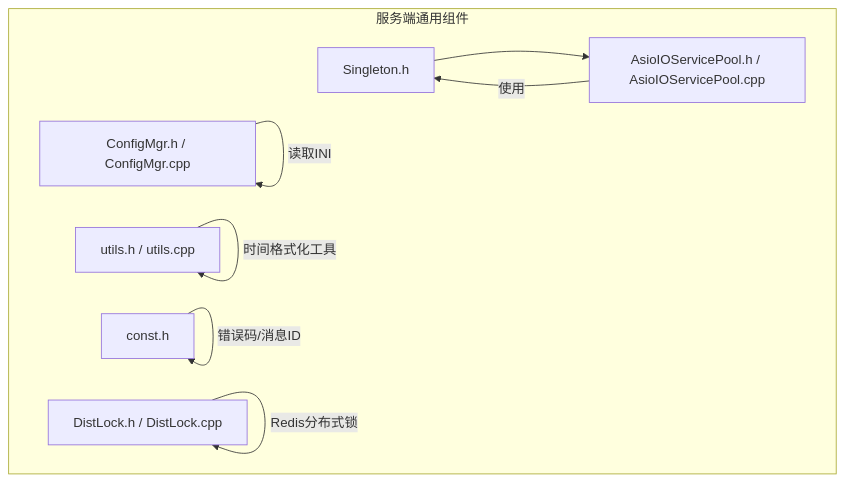
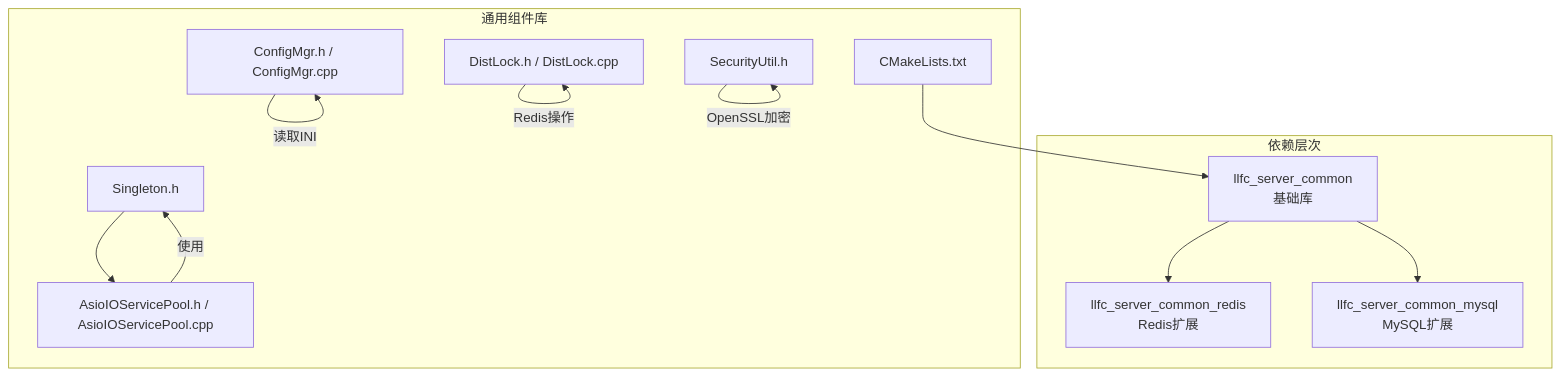
One commit to echo9923/mychatter changed the first of 9 diagrams in .qoder/repowiki/zh/content/服务端开发/通用组件和工具/通用组件和工具.md. Above: the diagram before and after it, drawn with Mermaid. The commit also changed other lines of this file and 107 other files, not shown here.

````diff
--- a/.qoder/repowiki/zh/content/服务端开发/通用组件和工具/通用组件和工具.md
+++ b/.qoder/repowiki/zh/content/服务端开发/通用组件和工具/通用组件和工具.md
@@ -45,17 +53,24 @@
 ```mermaid
 graph TB
-subgraph "服务端通用组件"
+subgraph "通用组件库"
 A["Singleton.h"]
 B["ConfigMgr.h / ConfigMgr.cpp"]
 C["AsioIOServicePool.h / AsioIOServicePool.cpp"]
-D["utils.h / utils.cpp"]
-E["const.h"]
-F["DistLock.h / DistLock.cpp"]
+D["DistLock.h / DistLock.cpp"]
+E["SecurityUtil.h"]
+F["CMakeLists.txt"]
+end
+subgraph "依赖层次"
+G["llfc_server_common<br/>基础库"]
+H["llfc_server_common_redis<br/>Redis扩展"]
+I["llfc_server_common_mysql<br/>MySQL扩展"]
 end
 A --> C
 B --> |读取INI| B
 C --> |使用| A
-D --> |时间格式化工具| D
-E --> |错误码/消息ID| E
-F --> |Redis分布式锁| F
+D --> |Redis操作| D
+E --> |OpenSSL加密| E
+F --> G
+G --> H
+G --> I
 ```
````
